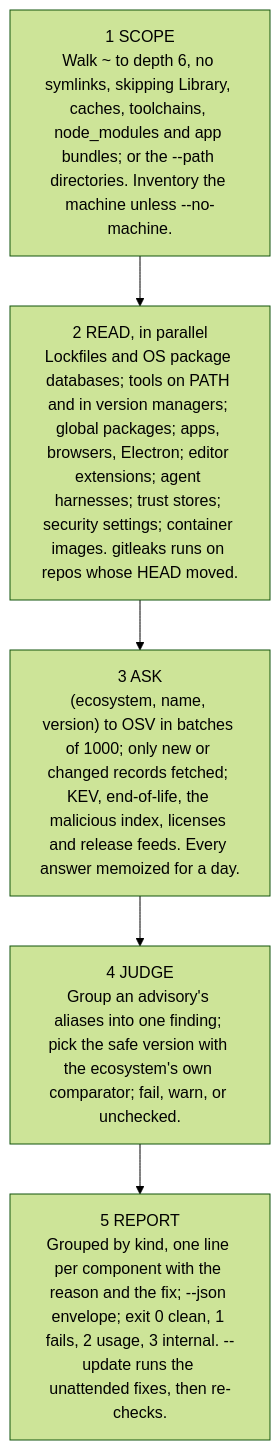
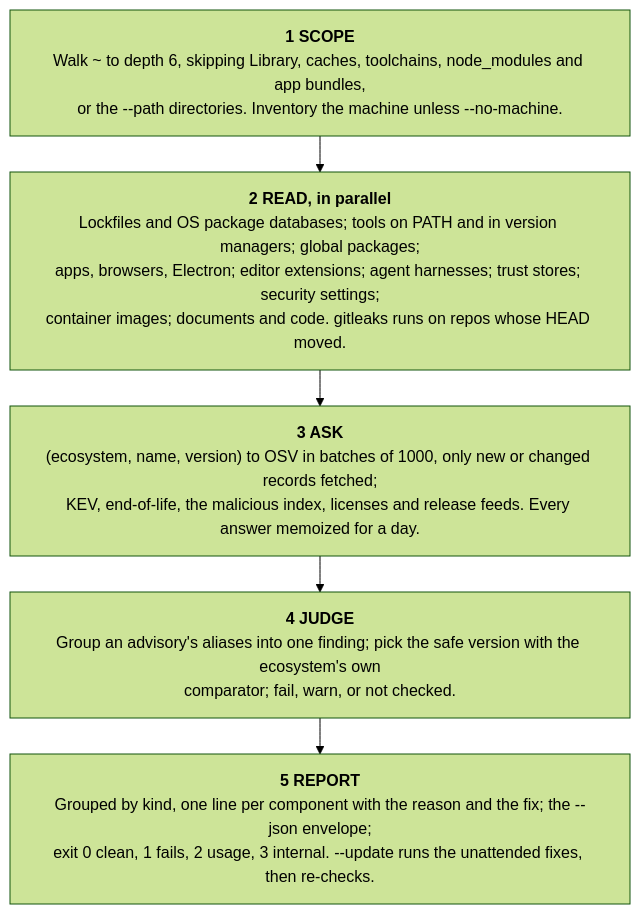
The diagram in docs/architecture.md (waffuruai/pantry), drawn with Mermaid (forest theme) before and after one commit. The commit also changed other lines of this file and 18 other files, not shown here.

Commit message:
docs: architecture, sources and reports diagrams; split the architecture page; widen the run diagram

````diff
--- a/docs/architecture.md
+++ b/docs/architecture.md
@@ -44,9 +11,10 @@
 ```mermaid
+%%{init: {"flowchart": {"wrappingWidth": 560, "nodeSpacing": 40, "rankSpacing": 36}}}%%
 flowchart TB
-  scope["1 SCOPE<br/>Walk ~ to depth 6, no symlinks, skipping Library, caches, toolchains, node_modules and app bundles; or the --path directories. Inventory the machine unless --no-machine."]
-  read["2 READ, in parallel<br/>Lockfiles and OS package databases; tools on PATH and in version managers; global packages; apps, browsers, Electron; editor extensions; agent harnesses; trust stores; security settings; container images. gitleaks runs on repos whose HEAD moved."]
-  ask["3 ASK<br/>(ecosystem, name, version) to OSV in batches of 1000; only new or changed records fetched; KEV, end-of-life, the malicious index, licenses and release feeds. Every answer memoized for a day."]
-  judge["4 JUDGE<br/>Group an advisory's aliases into one finding; pick the safe version with the ecosystem's own comparator; fail, warn, or unchecked."]
-  report["5 REPORT<br/>Grouped by kind, one line per component with the reason and the fix; --json envelope; exit 0 clean, 1 fails, 2 usage, 3 internal. --update runs the unattended fixes, then re-checks."]
+  scope["<b>1 SCOPE</b><br/>Walk ~ to depth 6, skipping Library, caches, toolchains, node_modules and app bundles,<br/>or the --path directories. Inventory the machine unless --no-machine."]
+  read["<b>2 READ, in parallel</b><br/>Lockfiles and OS package databases; tools on PATH and in version managers; global packages;<br/>apps, browsers, Electron; editor extensions; agent harnesses; trust stores; security settings;<br/>container images; documents and code. gitleaks runs on repos whose HEAD moved."]
+  ask["<b>3 ASK</b><br/>(ecosystem, name, version) to OSV in batches of 1000, only new or changed records fetched;<br/>KEV, end-of-life, the malicious index, licenses and release feeds. Every answer memoized for a day."]
+  judge["<b>4 JUDGE</b><br/>Group an advisory's aliases into one finding; pick the safe version with the ecosystem's own<br/>comparator; fail, warn, or not checked."]
+  report["<b>5 REPORT</b><br/>Grouped by kind, one line per component with the reason and the fix; the --json envelope;<br/>exit 0 clean, 1 fails, 2 usage, 3 internal. --update runs the unattended fixes, then re-checks."]
   scope --> read --> ask --> judge --> report
 ```
````
